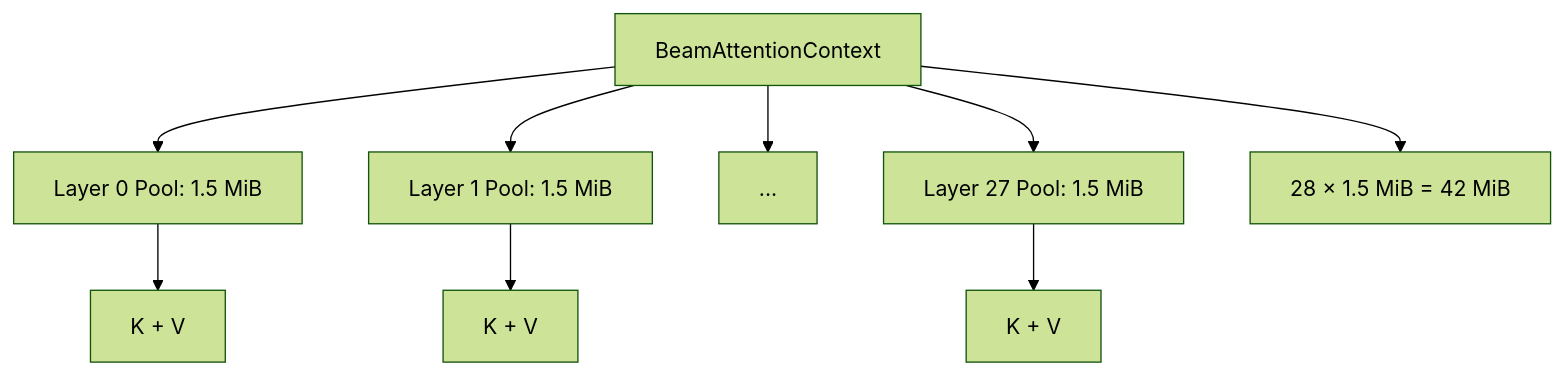
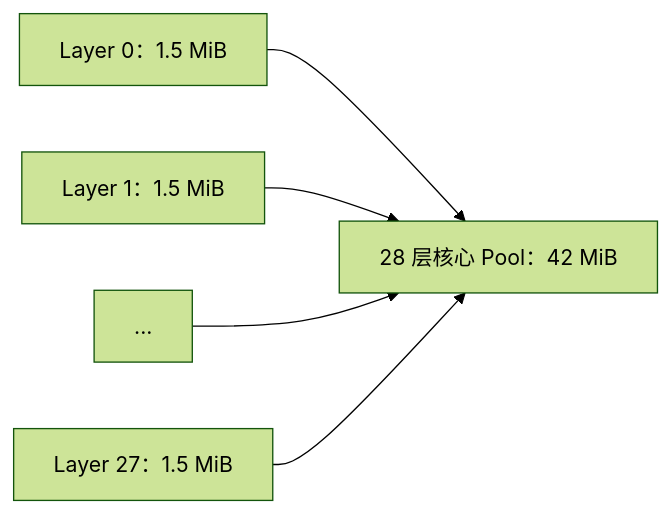
Before and after one commit to zhanghanleo10/gr-related: the third of 3 diagrams in GR/onerec_1_7b_beam_kv_pool_memory_analysis.md, drawn with Mermaid (forest theme). The commit also changed other lines of this file, not shown here.

Commit message:
docs: simplify Beam KV Pool memory calculation

````diff
--- a/GR/onerec_1_7b_beam_kv_pool_memory_analysis.md
+++ b/GR/onerec_1_7b_beam_kv_pool_memory_analysis.md
@@ -232,13 +166,7 @@
 ```mermaid
-flowchart TB
-    C["BeamAttentionContext"] --> P0["Layer 0 Pool: 1.5 MiB"]
-    C --> P1["Layer 1 Pool: 1.5 MiB"]
-    C --> PX["..."]
-    C --> P27["Layer 27 Pool: 1.5 MiB"]
-
-    P0 --> K0["K + V"]
-    P1 --> K1["K + V"]
-    P27 --> K27["K + V"]
-
-    C --> TOTAL["28 × 1.5 MiB = 42 MiB"]
+flowchart LR
+    L0["Layer 0：1.5 MiB"] --> SUM["28 层核心 Pool：42 MiB"]
+    L1["Layer 1：1.5 MiB"] --> SUM
+    LX["..."] --> SUM
+    L27["Layer 27：1.5 MiB"] --> SUM
 ```
````
